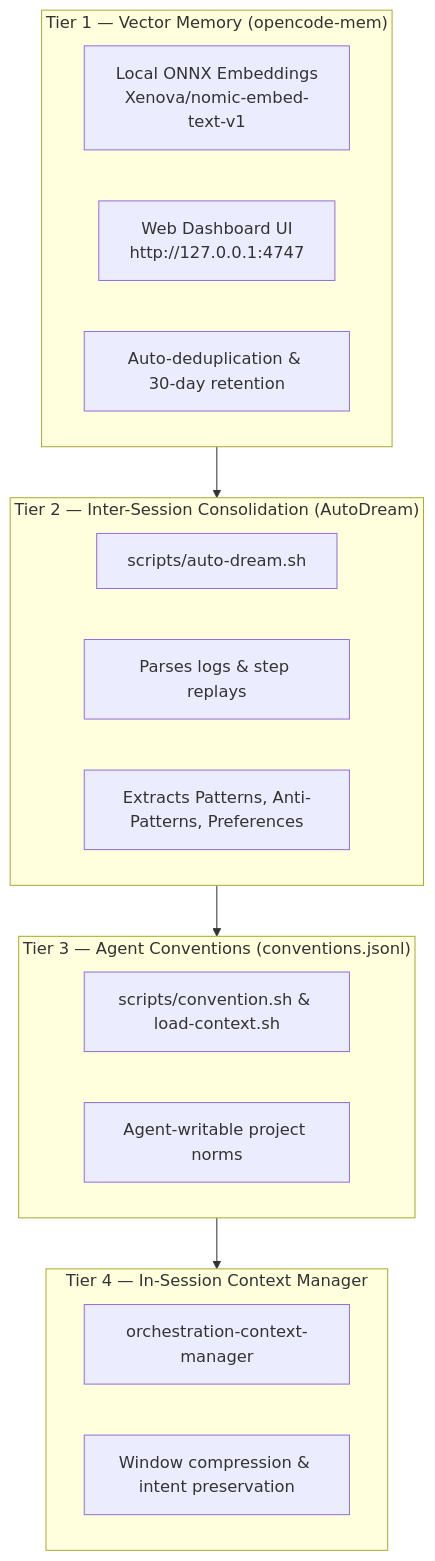
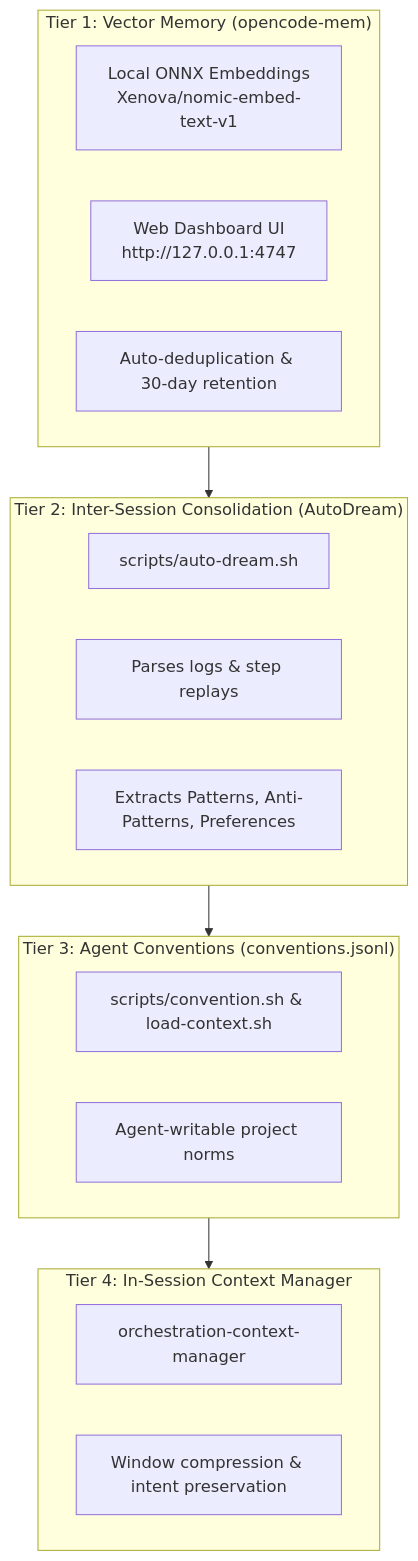
Before and after one commit to sanjanb/my-agent-harness: the sixth of 6 diagrams in README.md, drawn with Mermaid. The commit also changed other lines of this file and 1 other file, not shown here.

````diff
--- a/README.md
+++ b/README.md
@@ -449,26 +449,26 @@
 ```mermaid
 graph TD
-    subgraph M1["Tier 1 — Vector Memory (opencode-mem)"]
+    subgraph M1["Tier 1: Vector Memory (opencode-mem)"]
         V1["Local ONNX Embeddings<br/>Xenova/nomic-embed-text-v1"]
         V2["Web Dashboard UI<br/>http://127.0.0.1:4747"]
         V3["Auto-deduplication & 30-day retention"]
     end
 
-    subgraph M2["Tier 2 — Inter-Session Consolidation (AutoDream)"]
+    subgraph M2["Tier 2: Inter-Session Consolidation (AutoDream)"]
         A1["scripts/auto-dream.sh"]
         A2["Parses logs & step replays"]
         A3["Extracts Patterns, Anti-Patterns, Preferences"]
     end
 
-    subgraph M3["Tier 3 — Agent Conventions (conventions.jsonl)"]
+    subgraph M3["Tier 3: Agent Conventions (conventions.jsonl)"]
         C1["scripts/convention.sh & load-context.sh"]
         C2["Agent-writable project norms"]
     end
 
-    subgraph M4["Tier 4 — In-Session Context Manager"]
+    subgraph M4["Tier 4: In-Session Context Manager"]
         S1["orchestration-context-manager"]
         S2["Window compression & intent preservation"]
     end
 
     M1 --> M2 --> M3 --> M4
 ```
````
